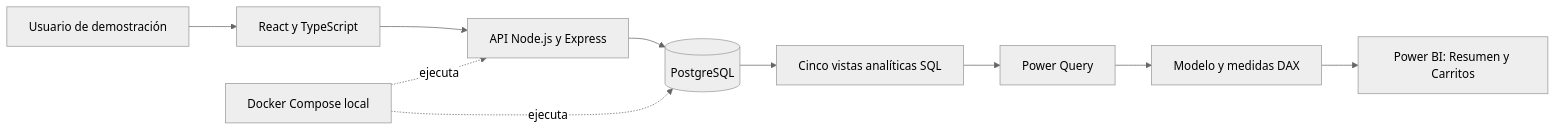
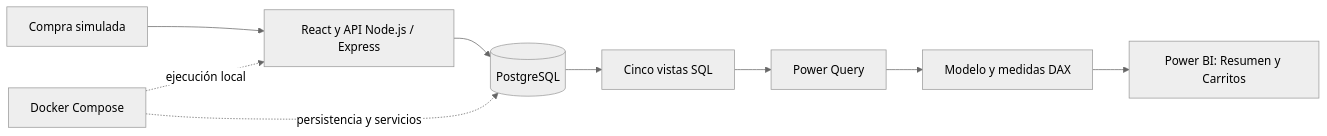
Before and after one commit to Eliasxgg/caso-bi-ecommerce: the diagram in README.md, drawn with Mermaid (neutral theme). The commit also changed other lines of this file and 15 other files, not shown here.

````diff
--- a/README.md
+++ b/README.md
@@ -29,12 +107,11 @@
 ```mermaid
 flowchart LR
-    U[Usuario de demostración] --> A[React y TypeScript]
-    A --> B[API Node.js y Express]
-    B --> D[(PostgreSQL)]
-    D --> V[Cinco vistas analíticas SQL]
+    U[Compra simulada] --> A[React y API Node.js / Express]
+    A --> D[(PostgreSQL)]
+    D --> V[Cinco vistas SQL]
     V --> Q[Power Query]
     Q --> M[Modelo y medidas DAX]
     M --> P[Power BI: Resumen y Carritos]
-    C[Docker Compose local] -. ejecuta .-> B
-    C -. ejecuta .-> D
+    C[Docker Compose] -. ejecución local .-> A
+    C -. persistencia y servicios .-> D
 ```
````
